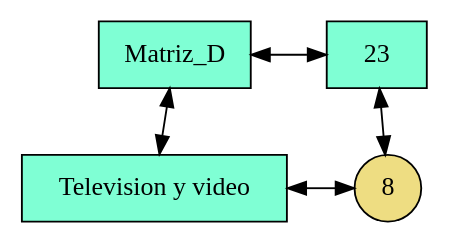
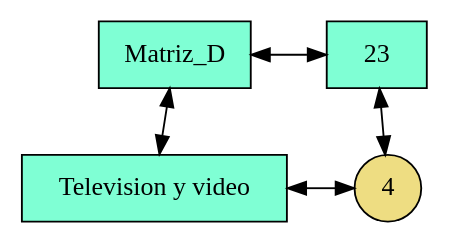
The diagram in frontend/src/assets/img/2018-05.dot (William58-0/201909103_ProyectoEDD), drawn with Graphviz before and after one commit. The commit also changed 44 other files, not shown here.

```diff
--- a/frontend/src/assets/img/2018-05.dot
+++ b/frontend/src/assets/img/2018-05.dot
@@ -1,16 +1,16 @@
 digraph {
 rankdir = BT;
 node [shape=rectangle style=filled];
 graph[ nodesep = 0.5];
 { rank=same; nodoMatriz_D; nodo23;}
  { rank=same; nodoTelevision_y_video; nodo23Television_y_video;}
  nodoMatriz_D [label="Matriz_D" fillcolor=aquamarine]
 nodo23 [label="23" fillcolor=aquamarine]
 nodoMatriz_D->nodo23 [dir=both]
 nodoTelevision_y_video [label="Television y video" fillcolor=aquamarine]
 nodoTelevision_y_video->nodoMatriz_D [dir=both]
-nodo23Television_y_video [label="8" shape=circle fillcolor=lightgoldenrod]
+nodo23Television_y_video [label="4" shape=circle fillcolor=lightgoldenrod]
 nodo23Television_y_video->nodo23 [dir=both]
 nodoTelevision_y_video->nodo23Television_y_video [constraint=false; dir=both]
 { rank=same; nodoMatriz_D; nodo23; }
  }
```
